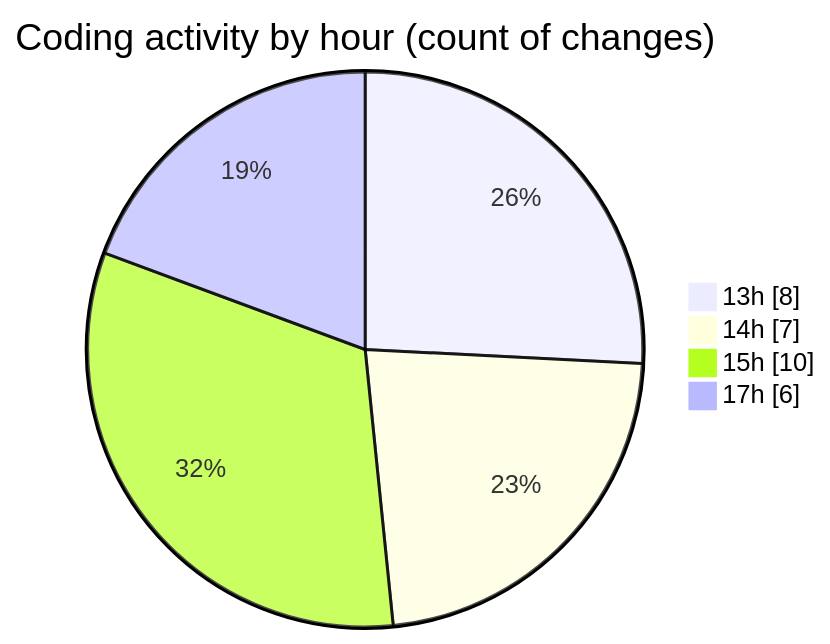
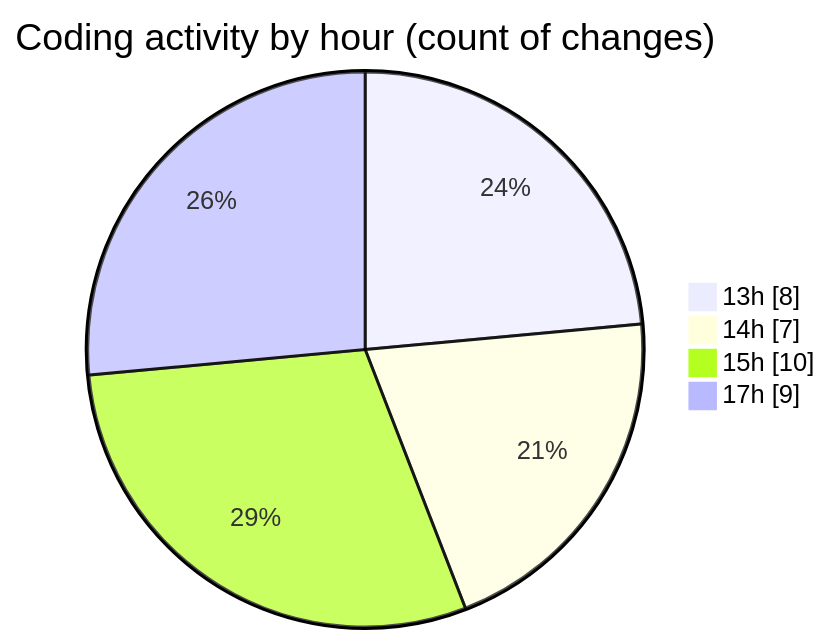
Before and after one commit to BS-eng2023/code-tracking: the second of 2 diagrams in 2025-04-03/jsvms/README.md, drawn with Mermaid. The commit also changed other lines of this file and 1 other file, not shown here.

````diff
--- a/2025-04-03/jsvms/README.md
+++ b/2025-04-03/jsvms/README.md
@@ -39,8 +39,8 @@
 ```mermaid
 pie showData
 title Coding activity by hour (count of changes)
 "13h" : 8
 "14h" : 7
 "15h" : 10
-"17h" : 6
+"17h" : 9
 ```
````
